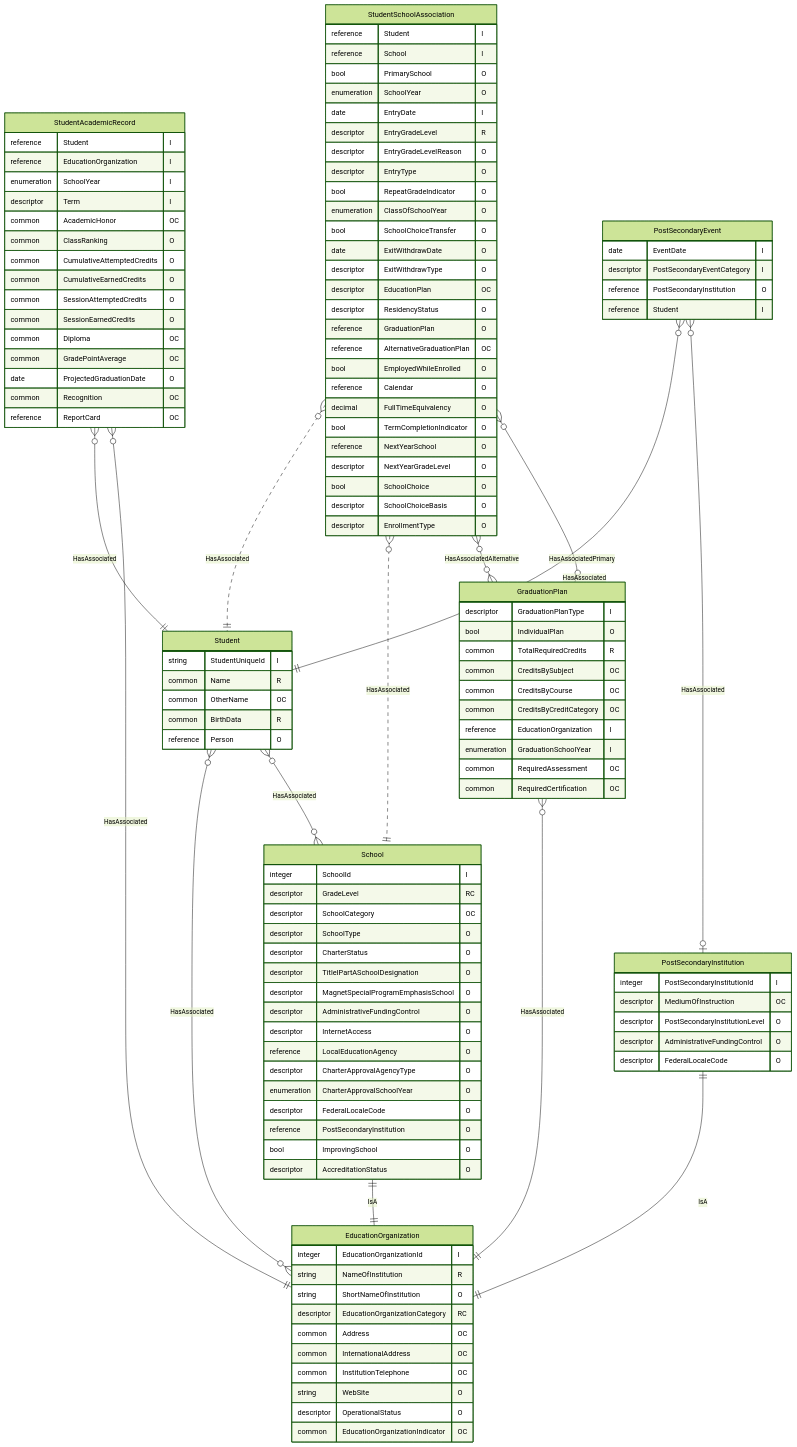
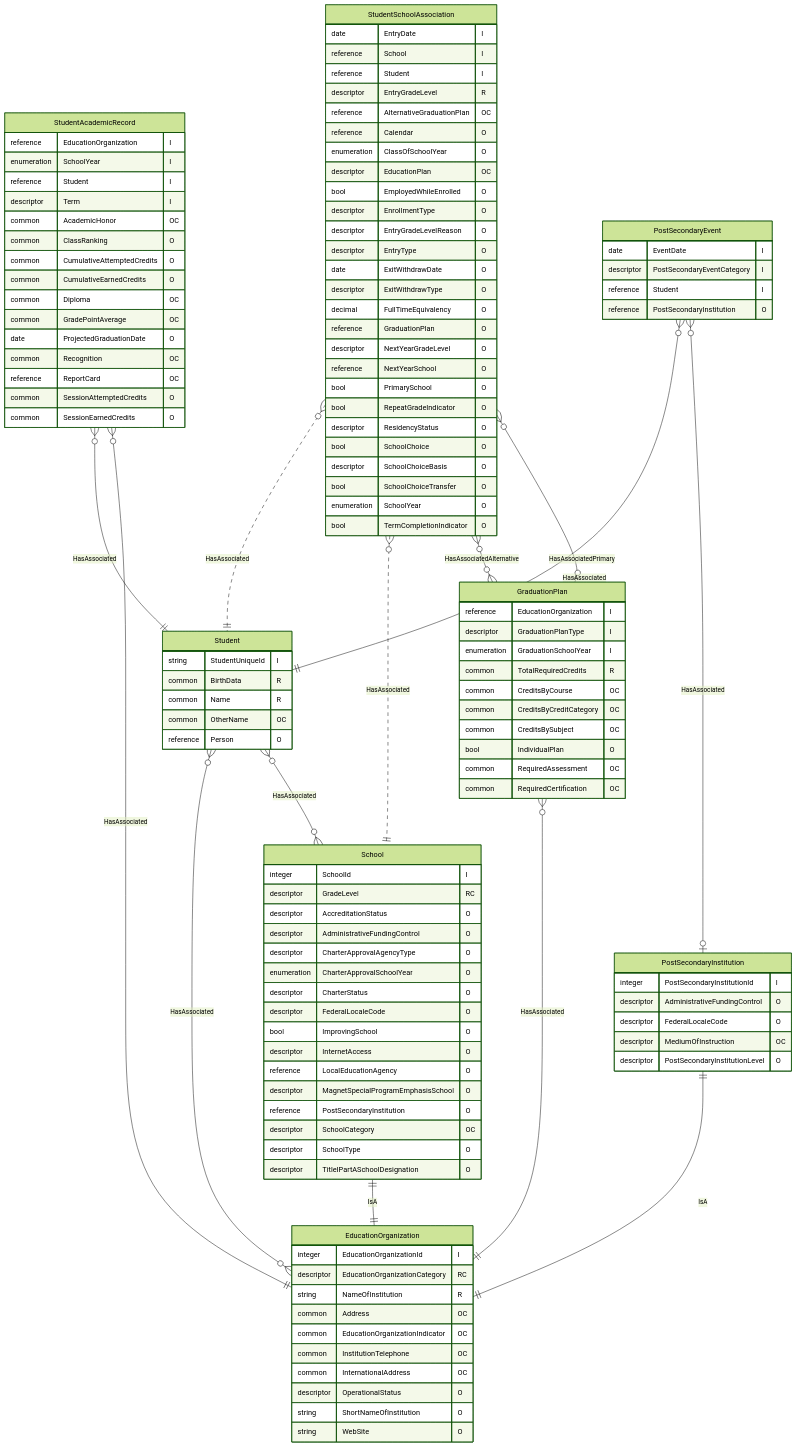
Before and after one commit to Ed-Fi-Alliance-OSS/ed-fi-alliance-oss.github.io: the diagram in dataStandard_versioned_docs/version-6/model-reference/graduation-domain/Graduation.mmd, drawn with Mermaid (forest theme). The commit also changed other lines of this file, not shown here.

First line of the commit message:
[DATASTD-2625] Reorder Graduation UML attributes to list identities at the top

```diff
--- a/dataStandard_versioned_docs/version-6/model-reference/graduation-domain/Graduation.mmd
+++ b/dataStandard_versioned_docs/version-6/model-reference/graduation-domain/Graduation.mmd
@@ -1,121 +1,121 @@
 erDiagram
     Student {
         string StudentUniqueId "I"
+        common BirthData "R"
         common Name "R"
         common OtherName "OC"
-        common BirthData "R"
         reference Person "O"
     }
     StudentSchoolAssociation {
+        date EntryDate "I"
+        reference School "I"
         reference Student "I"
-        reference School "I"
-        bool PrimarySchool "O"
-        enumeration SchoolYear "O"
-        date EntryDate "I"
         descriptor EntryGradeLevel "R"
+        reference AlternativeGraduationPlan "OC"
+        reference Calendar "O"
+        enumeration ClassOfSchoolYear "O"
+        descriptor EducationPlan "OC"
+        bool EmployedWhileEnrolled "O"
+        descriptor EnrollmentType "O"
         descriptor EntryGradeLevelReason "O"
         descriptor EntryType "O"
-        bool RepeatGradeIndicator "O"
-        enumeration ClassOfSchoolYear "O"
-        bool SchoolChoiceTransfer "O"
         date ExitWithdrawDate "O"
         descriptor ExitWithdrawType "O"
-        descriptor EducationPlan "OC"
+        decimal FullTimeEquivalency "O"
+        reference GraduationPlan "O"
+        descriptor NextYearGradeLevel "O"
+        reference NextYearSchool "O"
+        bool PrimarySchool "O"
+        bool RepeatGradeIndicator "O"
         descriptor ResidencyStatus "O"
-        reference GraduationPlan "O"
-        reference AlternativeGraduationPlan "OC"
-        bool EmployedWhileEnrolled "O"
-        reference Calendar "O"
-        decimal FullTimeEquivalency "O"
-        bool TermCompletionIndicator "O"
-        reference NextYearSchool "O"
-        descriptor NextYearGradeLevel "O"
         bool SchoolChoice "O"
         descriptor SchoolChoiceBasis "O"
-        descriptor EnrollmentType "O"
+        bool SchoolChoiceTransfer "O"
+        enumeration SchoolYear "O"
+        bool TermCompletionIndicator "O"
     }
     StudentAcademicRecord {
-        reference Student "I"
         reference EducationOrganization "I"
         enumeration SchoolYear "I"
+        reference Student "I"
         descriptor Term "I"
         common AcademicHonor "OC"
         common ClassRanking "O"
         common CumulativeAttemptedCredits "O"
         common CumulativeEarnedCredits "O"
-        common SessionAttemptedCredits "O"
-        common SessionEarnedCredits "O"
         common Diploma "OC"
         common GradePointAverage "OC"
         date ProjectedGraduationDate "O"
         common Recognition "OC"
         reference ReportCard "OC"
+        common SessionAttemptedCredits "O"
+        common SessionEarnedCredits "O"
     }
     GraduationPlan {
+        reference EducationOrganization "I"
         descriptor GraduationPlanType "I"
-        bool IndividualPlan "O"
+        enumeration GraduationSchoolYear "I"
         common TotalRequiredCredits "R"
-        common CreditsBySubject "OC"
         common CreditsByCourse "OC"
         common CreditsByCreditCategory "OC"
-        reference EducationOrganization "I"
-        enumeration GraduationSchoolYear "I"
+        common CreditsBySubject "OC"
+        bool IndividualPlan "O"
         common RequiredAssessment "OC"
         common RequiredCertification "OC"
     }
     PostSecondaryEvent {
         date EventDate "I"
         descriptor PostSecondaryEventCategory "I"
+        reference Student "I"
         reference PostSecondaryInstitution "O"
-        reference Student "I"
     }
     PostSecondaryInstitution {
         integer PostSecondaryInstitutionId "I"
+        descriptor AdministrativeFundingControl "O"
+        descriptor FederalLocaleCode "O"
         descriptor MediumOfInstruction "OC"
         descriptor PostSecondaryInstitutionLevel "O"
-        descriptor AdministrativeFundingControl "O"
-        descriptor FederalLocaleCode "O"
     }
     EducationOrganization {
         integer EducationOrganizationId "I"
+        descriptor EducationOrganizationCategory "RC"
         string NameOfInstitution "R"
+        common Address "OC"
+        common EducationOrganizationIndicator "OC"
+        common InstitutionTelephone "OC"
+        common InternationalAddress "OC"
+        descriptor OperationalStatus "O"
         string ShortNameOfInstitution "O"
-        descriptor EducationOrganizationCategory "RC"
-        common Address "OC"
-        common InternationalAddress "OC"
-        common InstitutionTelephone "OC"
         string WebSite "O"
-        descriptor OperationalStatus "O"
-        common EducationOrganizationIndicator "OC"
     }
     School {
         integer SchoolId "I"
         descriptor GradeLevel "RC"
+        descriptor AccreditationStatus "O"
+        descriptor AdministrativeFundingControl "O"
+        descriptor CharterApprovalAgencyType "O"
+        enumeration CharterApprovalSchoolYear "O"
+        descriptor CharterStatus "O"
+        descriptor FederalLocaleCode "O"
+        bool ImprovingSchool "O"
+        descriptor InternetAccess "O"
+        reference LocalEducationAgency "O"
+        descriptor MagnetSpecialProgramEmphasisSchool "O"
+        reference PostSecondaryInstitution "O"
         descriptor SchoolCategory "OC"
         descriptor SchoolType "O"
-        descriptor CharterStatus "O"
         descriptor TitleIPartASchoolDesignation "O"
-        descriptor MagnetSpecialProgramEmphasisSchool "O"
-        descriptor AdministrativeFundingControl "O"
-        descriptor InternetAccess "O"
-        reference LocalEducationAgency "O"
-        descriptor CharterApprovalAgencyType "O"
-        enumeration CharterApprovalSchoolYear "O"
-        descriptor FederalLocaleCode "O"
-        reference PostSecondaryInstitution "O"
-        bool ImprovingSchool "O"
-        descriptor AccreditationStatus "O"
     }
     Student }o--}o EducationOrganization : "HasAssociated"
     Student }o--o{ School : "HasAssociated"
     StudentSchoolAssociation }o..|| Student : "HasAssociated"
     StudentSchoolAssociation }o..|| School : "HasAssociated"
     StudentSchoolAssociation }o--o{ GraduationPlan : "HasAssociatedAlternative"
     StudentSchoolAssociation }o--o| GraduationPlan : "HasAssociatedPrimary"
     StudentAcademicRecord }o--|| Student : "HasAssociated"
     StudentAcademicRecord }o--|| EducationOrganization : "HasAssociated"
     GraduationPlan }o--|| EducationOrganization : "HasAssociated"
     PostSecondaryEvent }o--|| Student : "HasAssociated"
     PostSecondaryEvent }o--o| PostSecondaryInstitution : "HasAssociated"
     PostSecondaryInstitution ||--|| EducationOrganization : "IsA"
     School ||--|| EducationOrganization : "IsA"
```
